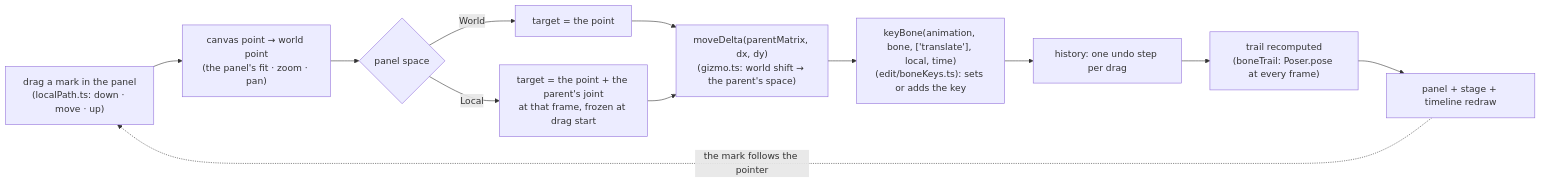
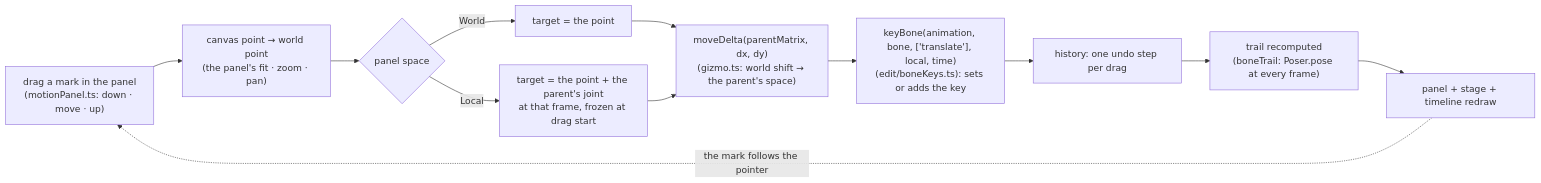
Before and after one commit to 12pnp/M0-Animation-2D: the diagram in Editor-BoneBurst-Src/docs/LOCALPATH-EDIT-PLAN.md, drawn with Mermaid. The commit also changed other lines of this file and 19 other files, not shown here.

Commit message:
BoneBurst Editor v2: rename the Local Path panel to Motion Path

````diff
--- a/Editor-BoneBurst-Src/docs/LOCALPATH-EDIT-PLAN.md
+++ b/Editor-BoneBurst-Src/docs/LOCALPATH-EDIT-PLAN.md
@@ -19,14 +19,14 @@
 ```mermaid
 flowchart LR
-    DRAG["drag a mark in the panel<br/>(localPath.ts: down · move · up)"] --> PT["canvas point → world point<br/>(the panel's fit · zoom · pan)"]
+    DRAG["drag a mark in the panel<br/>(motionPanel.ts: down · move · up)"] --> PT["canvas point → world point<br/>(the panel's fit · zoom · pan)"]
     PT --> SP{"panel space"}
     SP -- "World" --> W["target = the point"]
     SP -- "Local" --> L["target = the point + the parent's joint<br/>at that frame, frozen at drag start"]
     W --> D["moveDelta(parentMatrix, dx, dy)<br/>(gizmo.ts: world shift → the parent's space)"]
     L --> D
     D --> KEY["keyBone(animation, bone, ['translate'], local, time)<br/>(edit/boneKeys.ts): sets or adds the key"]
     KEY --> H["history: one undo step per drag"]
     H --> TR["trail recomputed<br/>(boneTrail: Poser.pose at every frame)"]
     TR --> REDRAW["panel + stage + timeline redraw"]
     REDRAW -.->|"the mark follows the pointer"| DRAG
 ```
````
